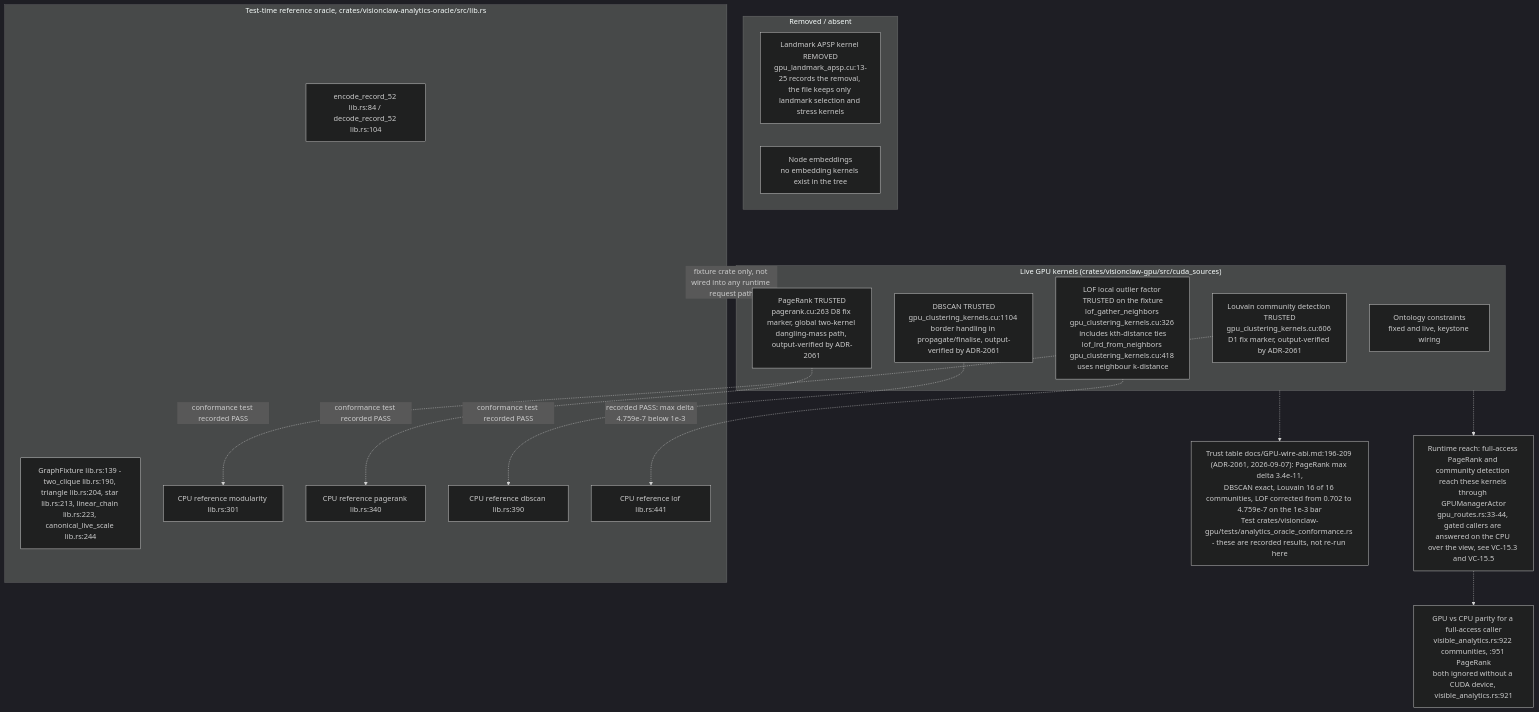
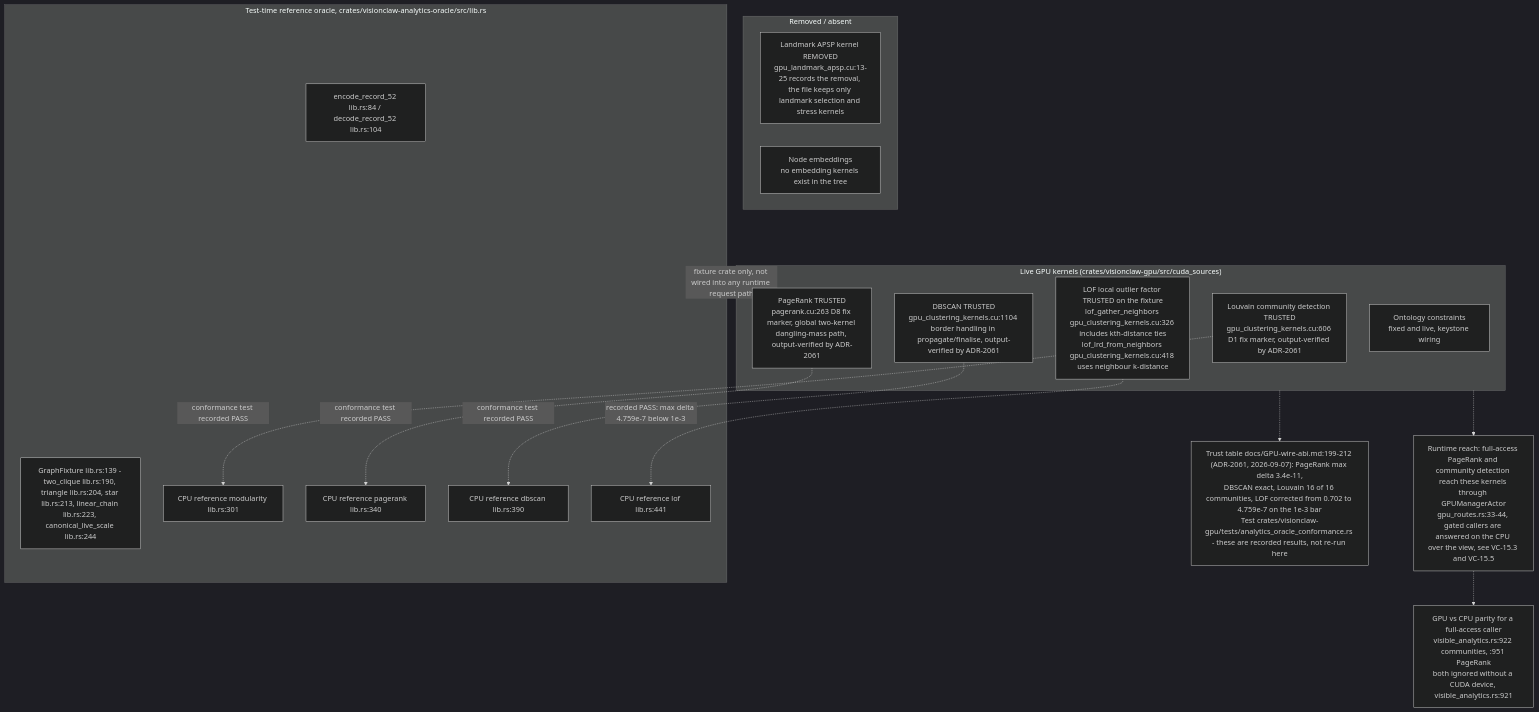
One commit to DreamLab-AI/VisionFlow changed diagram 12 of 12 in docs/diagrams/visionclaw/15-gpu-analytics.md. Above: the diagram before and after it, drawn with Mermaid (dark theme). The commit also changed other lines of this file and 81 other files, not shown here.

First line of the commit message:
docs(diagrams): roll VisionClaw topics to main 010e1109b (PR 37 and 38 merged); fix remaining prose citations

````diff
--- a/docs/diagrams/visionclaw/15-gpu-analytics.md
+++ b/docs/diagrams/visionclaw/15-gpu-analytics.md
@@ -663,37 +663,37 @@
 ```mermaid
 flowchart TD
     subgraph LIVE["Live GPU kernels (crates/visionclaw-gpu/src/cuda_sources)"]
         LOUV["Louvain community detection TRUSTED<br/>gpu_clustering_kernels.cu:606 D1 fix marker, output-verified by ADR-2061"]
         PR["PageRank TRUSTED<br/>pagerank.cu:263 D8 fix marker, global two-kernel dangling-mass path, output-verified by ADR-2061"]
         DBS["DBSCAN TRUSTED<br/>gpu_clustering_kernels.cu:1104 border handling in propagate/finalise, output-verified by ADR-2061"]
         LOF["LOF local outlier factor TRUSTED on the fixture<br/>lof_gather_neighbors gpu_clustering_kernels.cu:326 includes kth-distance ties<br/>lof_lrd_from_neighbors gpu_clustering_kernels.cu:418 uses neighbour k-distance"]
         ONT["Ontology constraints<br/>fixed and live, keystone wiring"]
     end
 
     subgraph QUARANTINED["Removed / absent"]
         APSP["Landmark APSP kernel REMOVED<br/>gpu_landmark_apsp.cu:13-25 records the removal, the file keeps only landmark selection and stress kernels"]
         EMB["Node embeddings<br/>no embedding kernels exist in the tree"]
     end
 
     subgraph ORACLE["Test-time reference oracle, crates/visionclaw-analytics-oracle/src/lib.rs"]
         ENC["encode_record_52 lib.rs:84 / decode_record_52 lib.rs:104"]
         FIX["GraphFixture lib.rs:139 - two_clique lib.rs:190, triangle lib.rs:204, star lib.rs:213, linear_chain lib.rs:223, canonical_live_scale lib.rs:244"]
         CPUMOD["CPU reference modularity lib.rs:301"]
         CPUPR["CPU reference pagerank lib.rs:340"]
         CPUDB["CPU reference dbscan lib.rs:390"]
         CPULOF["CPU reference lof lib.rs:441"]
     end
 
     LOUV -.->|"conformance test recorded PASS"| CPUMOD
     PR -.->|"conformance test recorded PASS"| CPUPR
     DBS -.->|"conformance test recorded PASS"| CPUDB
     LOF -.->|"recorded PASS: max delta 4.759e-7 below 1e-3"| CPULOF
 
-    NOTE["Trust table docs/GPU-wire-abi.md:196-209 (ADR-2061, 2026-09-07): PageRank max delta 3.4e-11,<br/>DBSCAN exact, Louvain 16 of 16 communities, LOF corrected from 0.702 to 4.759e-7 on the 1e-3 bar<br/>Test crates/visionclaw-gpu/tests/analytics_oracle_conformance.rs - these are recorded results, not re-run here"]
+    NOTE["Trust table docs/GPU-wire-abi.md:199-212 (ADR-2061, 2026-09-07): PageRank max delta 3.4e-11,<br/>DBSCAN exact, Louvain 16 of 16 communities, LOF corrected from 0.702 to 4.759e-7 on the 1e-3 bar<br/>Test crates/visionclaw-gpu/tests/analytics_oracle_conformance.rs - these are recorded results, not re-run here"]
     LIVE -.-> NOTE
     ORACLE -.->|"fixture crate only, not wired into any runtime request path"| LIVE
     TEL["Runtime reach: full-access PageRank and community detection reach these kernels through GPUManagerActor<br/>gpu_routes.rs:33-44, gated callers are answered on the CPU over the view, see VC-15.3 and VC-15.5"]
     LIVE -.-> TEL
     PAR["GPU vs CPU parity for a full-access caller<br/>visible_analytics.rs:922 communities, :951 PageRank<br/>both ignored without a CUDA device, visible_analytics.rs:921"]
     TEL -.-> PAR
 ```
````
